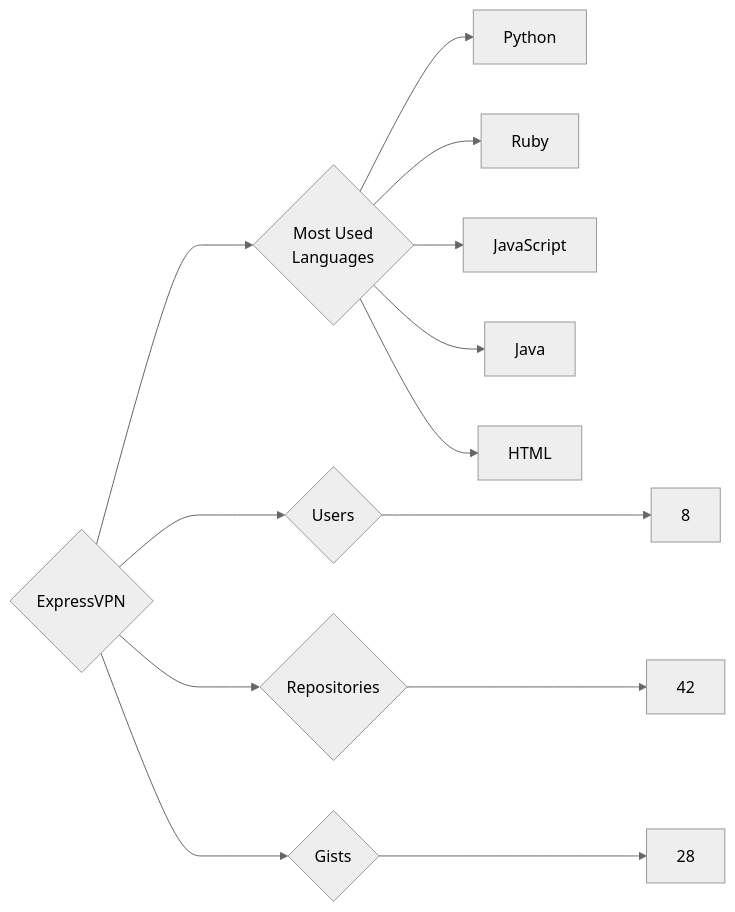
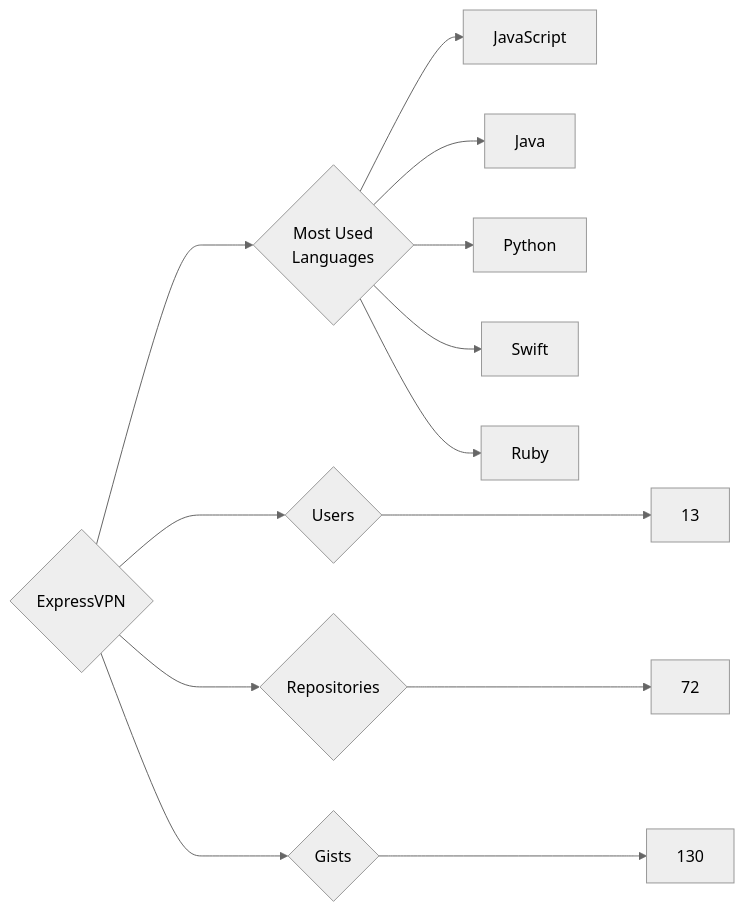
The diagram in targets/ExpressVPN/README.md (trickest/insiders), drawn with Mermaid (neutral theme) before and after one commit. The commit also changed 888 other files, not shown here.

````diff
--- a/targets/ExpressVPN/README.md
+++ b/targets/ExpressVPN/README.md
@@ -3,13 +3,13 @@
 ```mermaid
 graph LR
 COMPANY_NAME{ExpressVPN}
-COMPANY_NAME ---> U{Users} ---> UN[8]
-COMPANY_NAME ---> R{Repositories} ---> RN[42]
-COMPANY_NAME ---> G{Gists} ---> GN[28]
+COMPANY_NAME ---> U{Users} ---> UN[13]
+COMPANY_NAME ---> R{Repositories} ---> RN[72]
+COMPANY_NAME ---> G{Gists} ---> GN[130]
 COMPANY_NAME ---> ML{Most Used<br>Languages}
-ML --> Python[Python]
-ML --> Ruby[Ruby]
 ML --> JavaScript[JavaScript]
 ML --> Java[Java]
-ML --> HTML[HTML]
+ML --> Python[Python]
+ML --> Swift[Swift]
+ML --> Ruby[Ruby]
 ```
````
